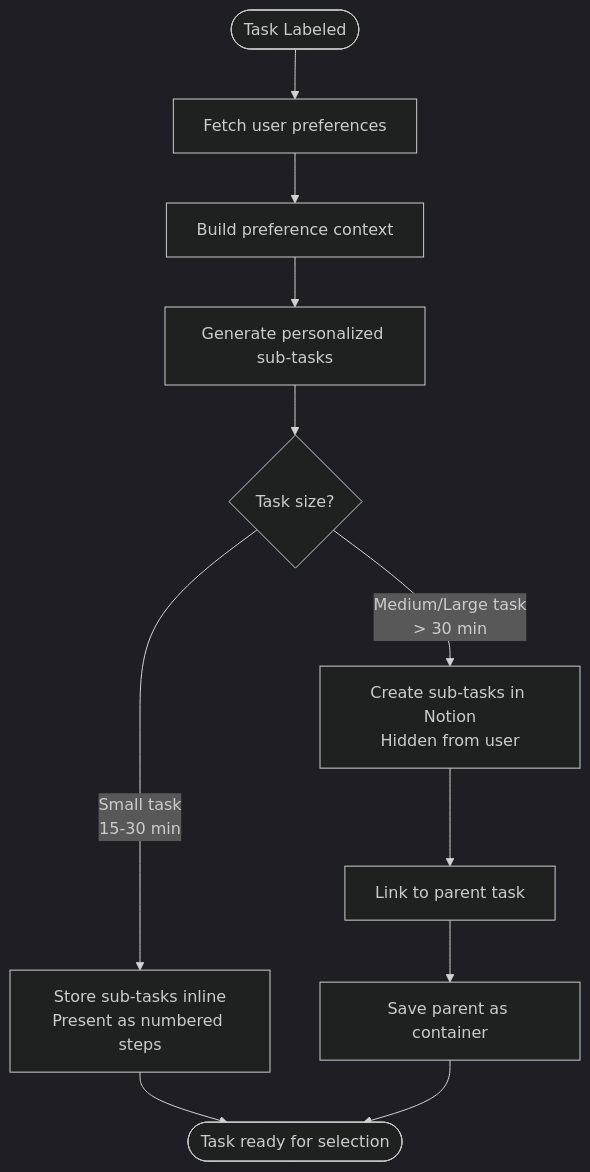
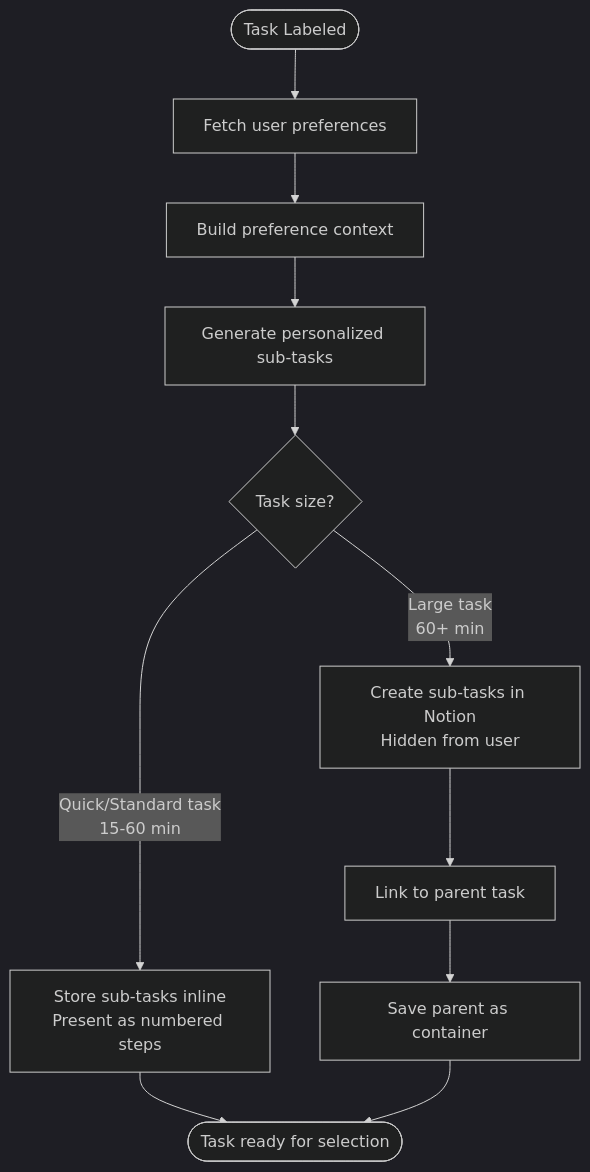
The fifth of 29 diagrams in docs/task-lifecycle.md (NickBorgersProbably/hide-my-list), drawn with Mermaid (dark theme) before and after one commit. The commit also changed other lines of this file and 3 other files, not shown here.

````diff
--- a/docs/task-lifecycle.md
+++ b/docs/task-lifecycle.md
@@ -167,16 +167,16 @@
 ```mermaid
 flowchart TD
     Labeled([Task Labeled]) --> FetchPrefs[Fetch user preferences]
     FetchPrefs --> BuildContext[Build preference context]
     BuildContext --> Generate[Generate personalized sub-tasks]
 
     Generate --> Evaluate{Task size?}
 
-    Evaluate -->|Small task<br/>15-30 min| InlineSteps[Store sub-tasks inline<br/>Present as numbered steps]
-    Evaluate -->|Medium/Large task<br/>> 30 min| CreateHidden[Create sub-tasks in Notion<br/>Hidden from user]
+    Evaluate -->|Quick/Standard task<br/>15-60 min| InlineSteps[Store sub-tasks inline<br/>Present as numbered steps]
+    Evaluate -->|Large task<br/>60+ min| CreateHidden[Create sub-tasks in Notion<br/>Hidden from user]
 
     InlineSteps --> Ready([Task ready for selection])
     CreateHidden --> LinkParent[Link to parent task]
     LinkParent --> SaveParent[Save parent as container]
     SaveParent --> Ready
 ```
````
